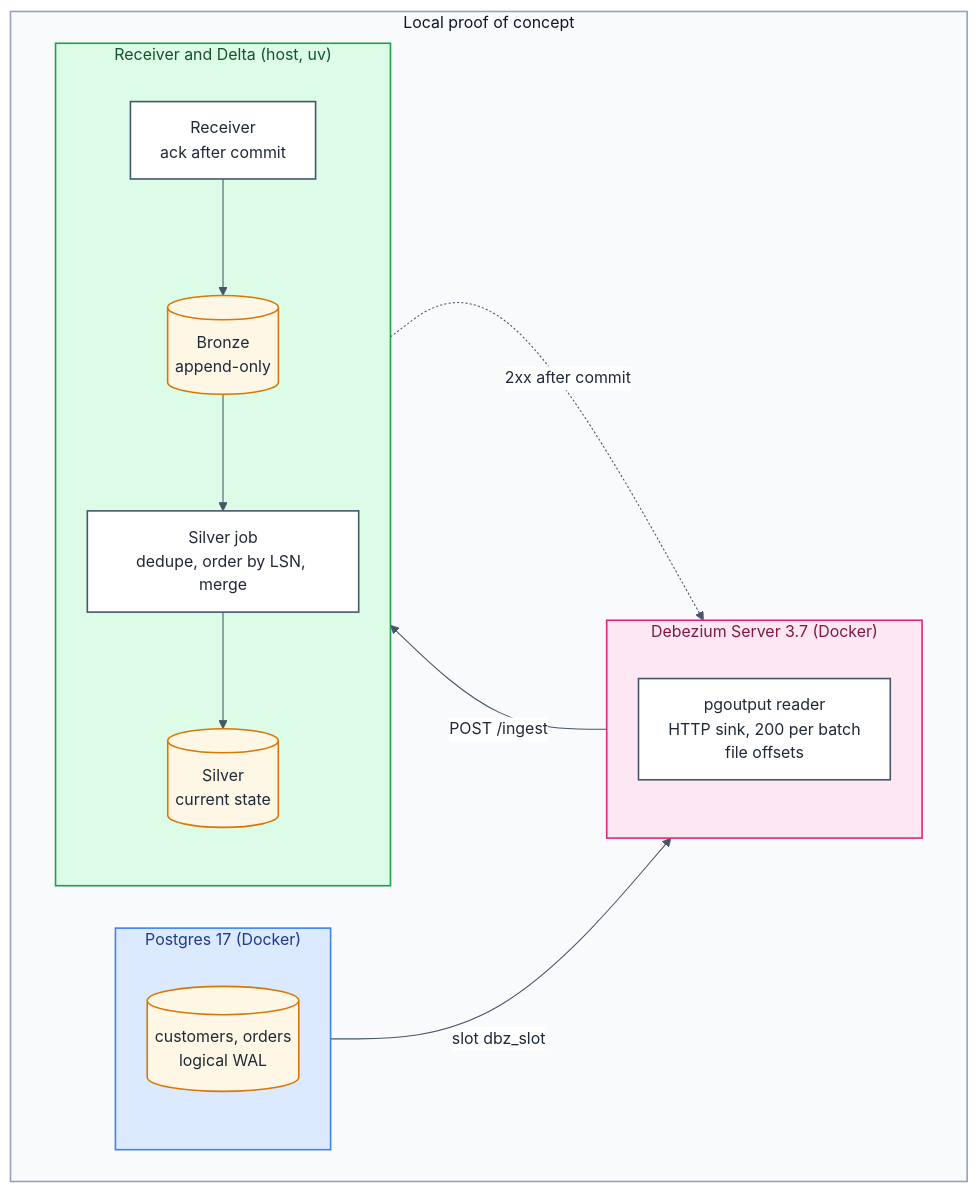
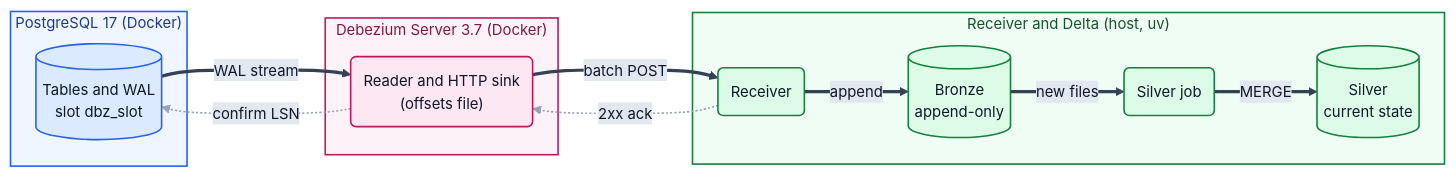
The first of 3 diagrams in README.md (santoshshinde2012/cdc-poc), drawn with Mermaid before and after one commit. The commit also changed other lines of this file, not shown here.

Commit message:
README: mermaid-only diagrams, reference-architecture flowchart, delivery sequence diagram, cleaner design diagram

````diff
--- a/README.md
+++ b/README.md
@@ -52,35 +52,39 @@
 ```mermaid
-%%{init: {"theme": "base", "themeVariables": {"background": "#ffffff", "primaryColor": "#ffffff", "primaryTextColor": "#1f2937", "primaryBorderColor": "#64748b", "lineColor": "#475569", "secondaryColor": "#f1f5f9", "tertiaryColor": "#f8fafc", "fontFamily": "Segoe UI, Helvetica, Arial, sans-serif", "fontSize": "15px", "clusterBkg": "#f8fafc", "clusterBorder": "#94a3b8", "titleColor": "#0f172a", "edgeLabelBackground": "#ffffff"}, "flowchart": {"curve": "basis", "padding": 14, "nodeSpacing": 40, "rankSpacing": 60}}}%%
+%%{init: {"layout": "dagre", "fontFamily": "Inter, Arial, sans-serif", "theme": "base", "themeVariables": {"fontFamily": "Inter, Arial, sans-serif", "fontSize": "14px", "primaryColor": "#ffffff", "primaryTextColor": "#0f172a", "primaryBorderColor": "#475569", "lineColor": "#64748b", "secondaryColor": "#e2e8f0", "tertiaryColor": "#f1f5f9", "clusterBkg": "#f1f5f9", "clusterBorder": "#94a3b8", "titleColor": "#0f172a", "edgeLabelBackground": "#e2e8f0", "background": "transparent"}, "flowchart": {"curve": "basis", "padding": 12, "nodeSpacing": 30, "rankSpacing": 48, "htmlLabels": true}}}%%
 flowchart LR
-  subgraph FRAME["Local proof of concept"]
-    direction LR
-    subgraph PGZ["Postgres 17 (Docker)"]
-      direction TB
-      PG[("customers, orders<br/>logical WAL")]
-    end
-    subgraph DBZZ["Debezium Server 3.7 (Docker)"]
-      direction TB
-      DBZ["pgoutput reader<br/>HTTP sink, 200 per batch<br/>file offsets"]
-    end
-    subgraph DELTAZ["Receiver and Delta (host, uv)"]
-      direction TB
-      RCV["Receiver<br/>ack after commit"]
-      BR[("Bronze<br/>append-only")]
-      SJ["Silver job<br/>dedupe, order by LSN, merge"]
-      SV[("Silver<br/>current state")]
-      RCV --> BR --> SJ --> SV
-    end
+  subgraph PGZ["PostgreSQL 17 (Docker)"]
+    PG[("Tables and WAL<br/>slot dbz_slot")]
   end
-  PG -->|"slot dbz_slot"| DBZ
-  DBZ -->|"POST /ingest"| RCV
-  RCV -.->|"2xx after commit"| DBZ
 
-  classDef store fill:#fff7e6,stroke:#d97706,stroke-width:1.5px,color:#1f2937
-  classDef proc fill:#ffffff,stroke:#475569,stroke-width:1.5px,color:#1f2937
-  class PG,BR,SV store
-  class DBZ,RCV,SJ proc
-  style FRAME fill:#f8fafc,stroke:#94a3b8,stroke-width:1.5px,color:#0f172a
-  style PGZ fill:#dbeafe,stroke:#3b82f6,stroke-width:1.5px,color:#1e3a8a
-  style DBZZ fill:#fce7f3,stroke:#db2777,stroke-width:1.5px,color:#831843
-  style DELTAZ fill:#dcfce7,stroke:#16a34a,stroke-width:1.5px,color:#14532d
+  subgraph DBZZ["Debezium Server 3.7 (Docker)"]
+    DBZ("Reader and HTTP sink<br/>(offsets file)")
+  end
+
+  subgraph HOST["Receiver and Delta (host, uv)"]
+    RCV("Receiver")
+    BRZ[("Bronze<br/>append-only")]
+    SJB("Silver job")
+    SLV[("Silver<br/>current state")]
+  end
+
+  PG ==>|"WAL stream"| DBZ
+  DBZ ==>|"batch POST"| RCV
+  RCV ==>|"append"| BRZ
+  BRZ ==>|"new files"| SJB
+  SJB ==>|"MERGE"| SLV
+
+  RCV -.->|"2xx ack"| DBZ
+  DBZ -.->|"confirm LSN"| PG
+
+  classDef pg fill:#dbeafe,stroke:#2563eb,stroke-width:1.5px,color:#0f172a
+  classDef dbz fill:#fce7f3,stroke:#be185d,stroke-width:1.5px,color:#0f172a
+  classDef host fill:#dcfce7,stroke:#15803d,stroke-width:1.5px,color:#0f172a
+  class PG pg
+  class DBZ dbz
+  class RCV,BRZ,SJB,SLV host
+  style PGZ fill:#eff6ff,stroke:#2563eb,stroke-width:1.5px,color:#1e3a8a
+  style DBZZ fill:#fdf2f8,stroke:#be185d,stroke-width:1.5px,color:#831843
+  style HOST fill:#f0fdf4,stroke:#15803d,stroke-width:1.5px,color:#14532d
+  linkStyle 0,1,2,3,4 stroke:#334155,stroke-width:3px
+  linkStyle 5,6 stroke:#94a3b8,stroke-width:1.5px
 ```
````
